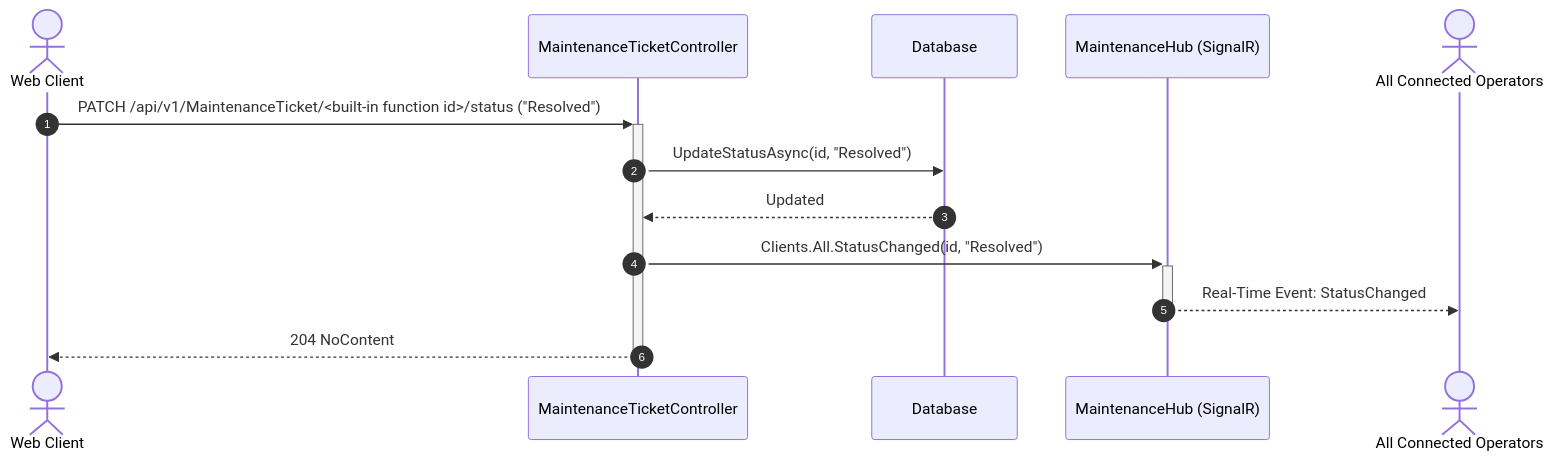
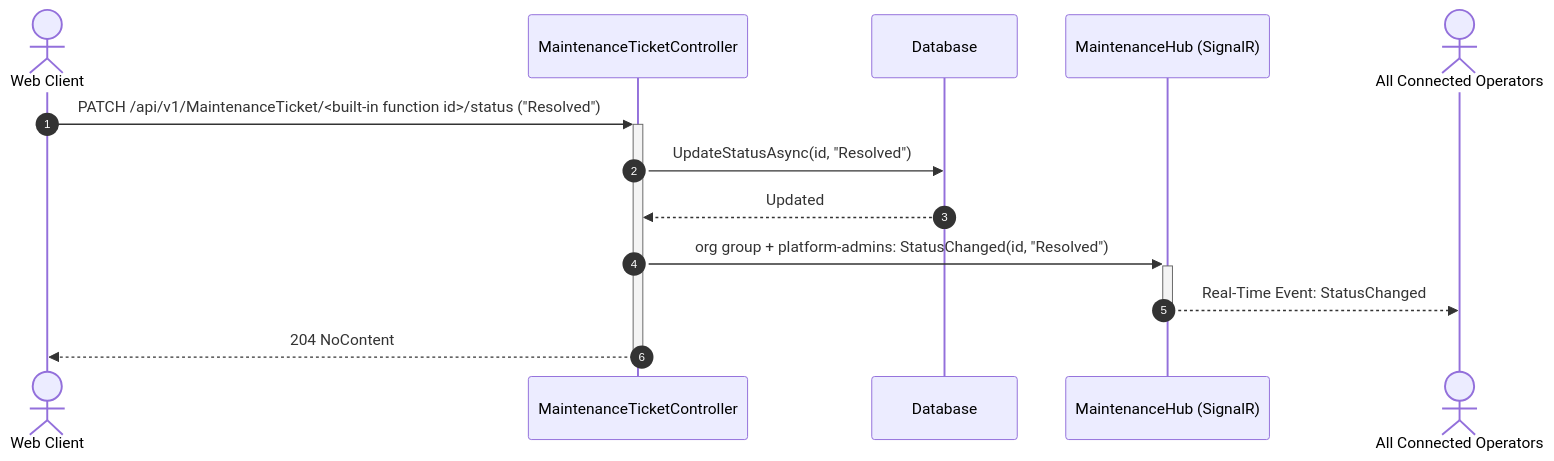
Before and after one commit to 0xLufis/heimdall: the diagram in docs/api/API_REFERENCE.md, drawn with Mermaid. The commit also changed other lines of this file and 9 other files, not shown here.

First line of the commit message:
docs: architecture documents and generated sequence diagrams describe MQTT, PKI and kiosk paths

````diff
--- a/docs/api/API_REFERENCE.md
+++ b/docs/api/API_REFERENCE.md
@@ -864,16 +791,16 @@
 ```mermaid
 sequenceDiagram
     autonumber
     actor Client as Web Client
     participant API as MaintenanceTicketController
     participant DB as Database
     participant Hub as MaintenanceHub (SignalR)
     actor Subscribers as All Connected Operators
 
     Client->>+API: PATCH /api/v1/MaintenanceTicket/<built-in function id>/status ("Resolved")
     API->>DB: UpdateStatusAsync(id, "Resolved")
     DB-->>API: Updated
-    API->>+Hub: Clients.All.StatusChanged(id, "Resolved")
+    API->>+Hub: org group + platform-admins: StatusChanged(id, "Resolved")
     Hub-->>-Subscribers: Real-Time Event: StatusChanged
     API-->>-Client: 204 NoContent
 ```
````
